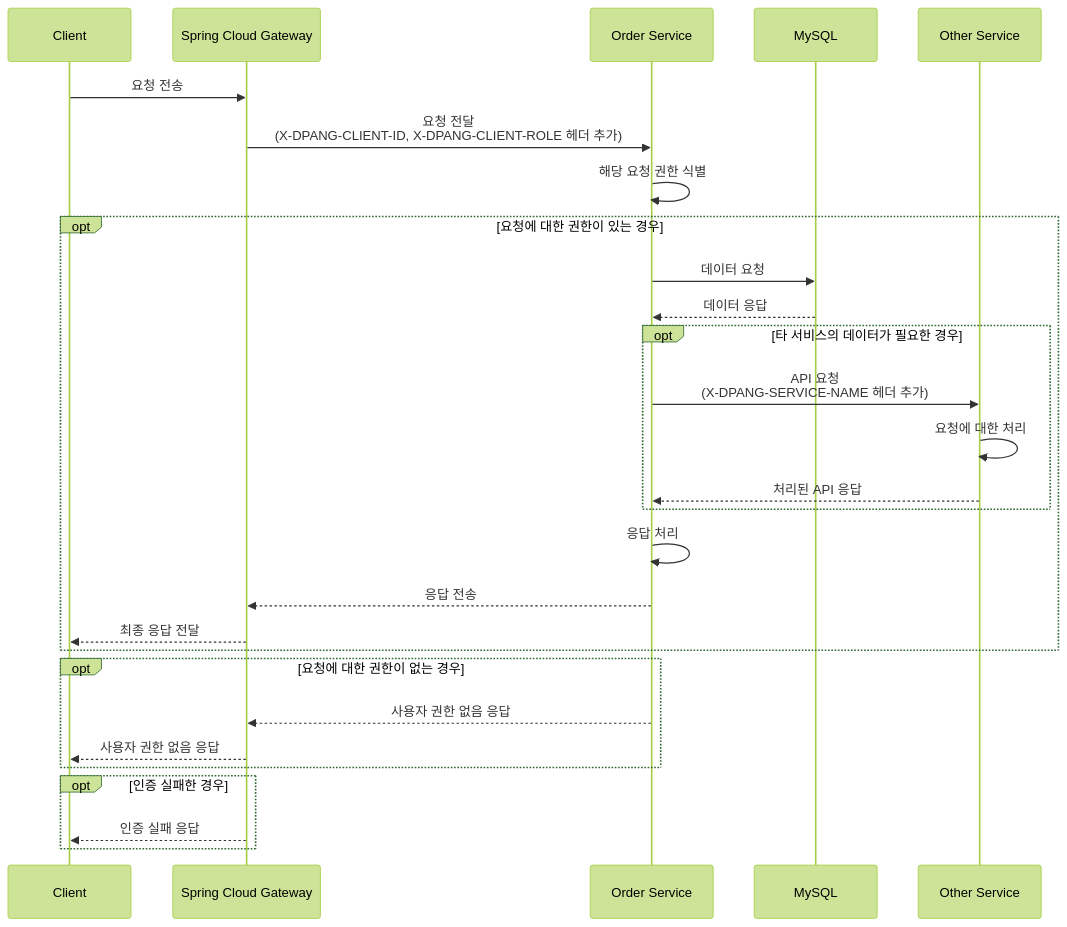
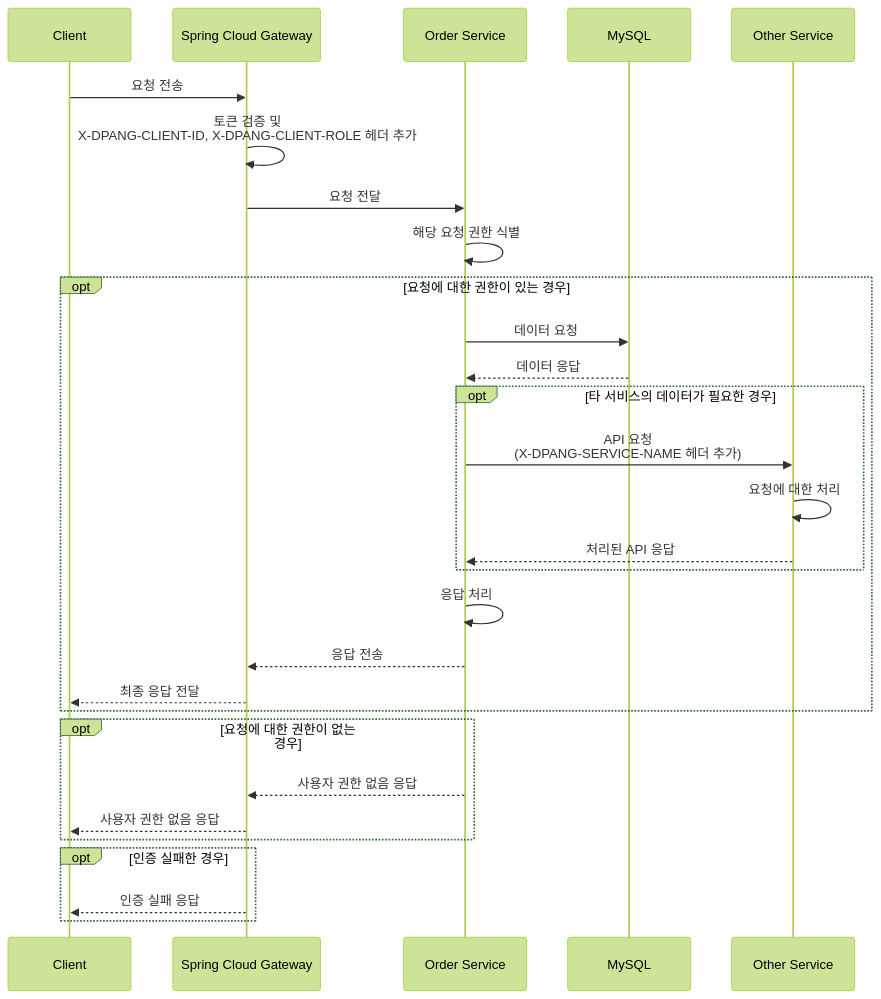
The first of 2 diagrams in README.md (kea-dpang/order-server), drawn with Mermaid (forest theme) before and after one commit.

Commit message:
Docs: README.md 업데이트

````diff
--- a/README.md
+++ b/README.md
@@ -11,37 +11,39 @@
 ```mermaid
 sequenceDiagram
     participant Client as Client
     participant Gateway as Spring Cloud Gateway
     participant OrderService as Order Service
     participant MySQL as MySQL
     participant OtherService as Other Service
     
     Client ->> Gateway: 요청 전송
-    Gateway ->> OrderService: 요청 전달 <br> (X-DPANG-CLIENT-ID, X-DPANG-CLIENT-ROLE 헤더 추가)
+    Gateway ->> Gateway: 토큰 검증 및 <br> X-DPANG-CLIENT-ID, X-DPANG-CLIENT-ROLE 헤더 추가
+
+    Gateway ->> OrderService: 요청 전달
     OrderService ->> OrderService: 해당 요청 권한 식별
 
     opt 요청에 대한 권한이 있는 경우
         OrderService ->> MySQL: 데이터 요청
         MySQL -->> OrderService: 데이터 응답
 
         opt 타 서비스의 데이터가 필요한 경우
             OrderService ->> OtherService: API 요청 <br> (X-DPANG-SERVICE-NAME 헤더 추가)
             OtherService ->> OtherService: 요청에 대한 처리
             OtherService -->> OrderService: 처리된 API 응답
         end
 
         OrderService ->> OrderService: 응답 처리
         OrderService -->> Gateway: 응답 전송
         Gateway -->> Client: 최종 응답 전달
     end
 
     opt 요청에 대한 권한이 없는 경우
         OrderService -->> Gateway: 사용자 권한 없음 응답
         Gateway -->> Client: 사용자 권한 없음 응답
     end
 
     opt 인증 실패한 경우
         Gateway -->> Client: 인증 실패 응답
     end
 
 ```
````
